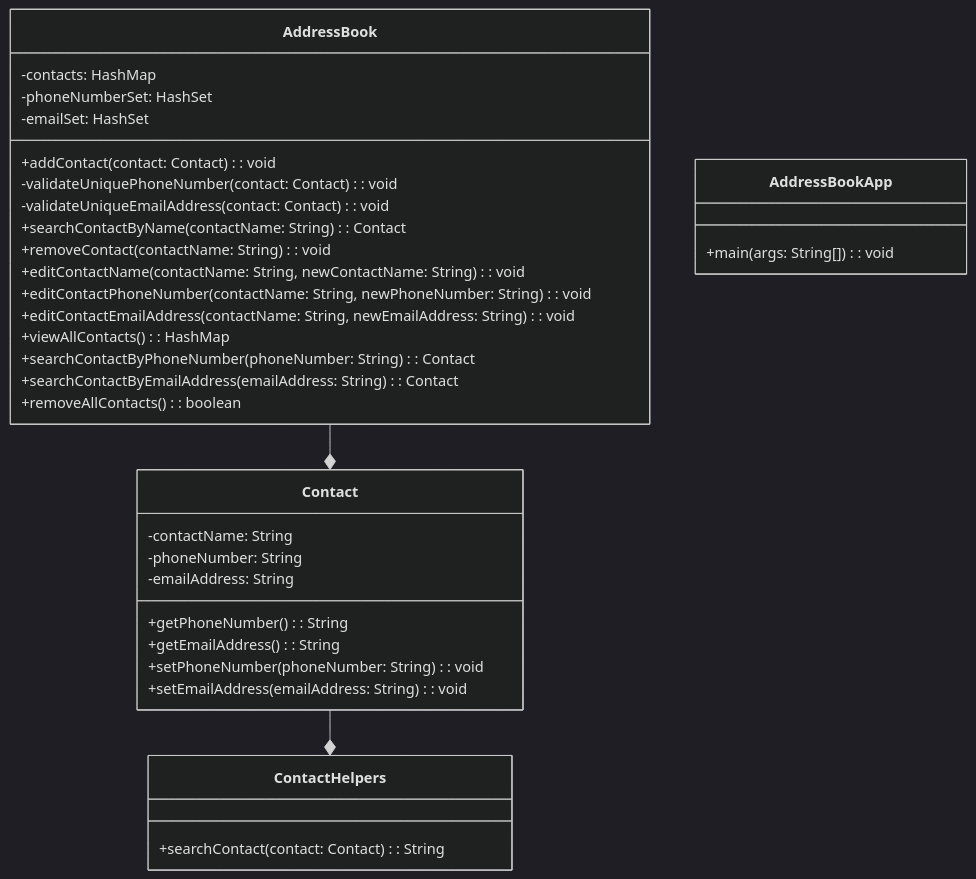
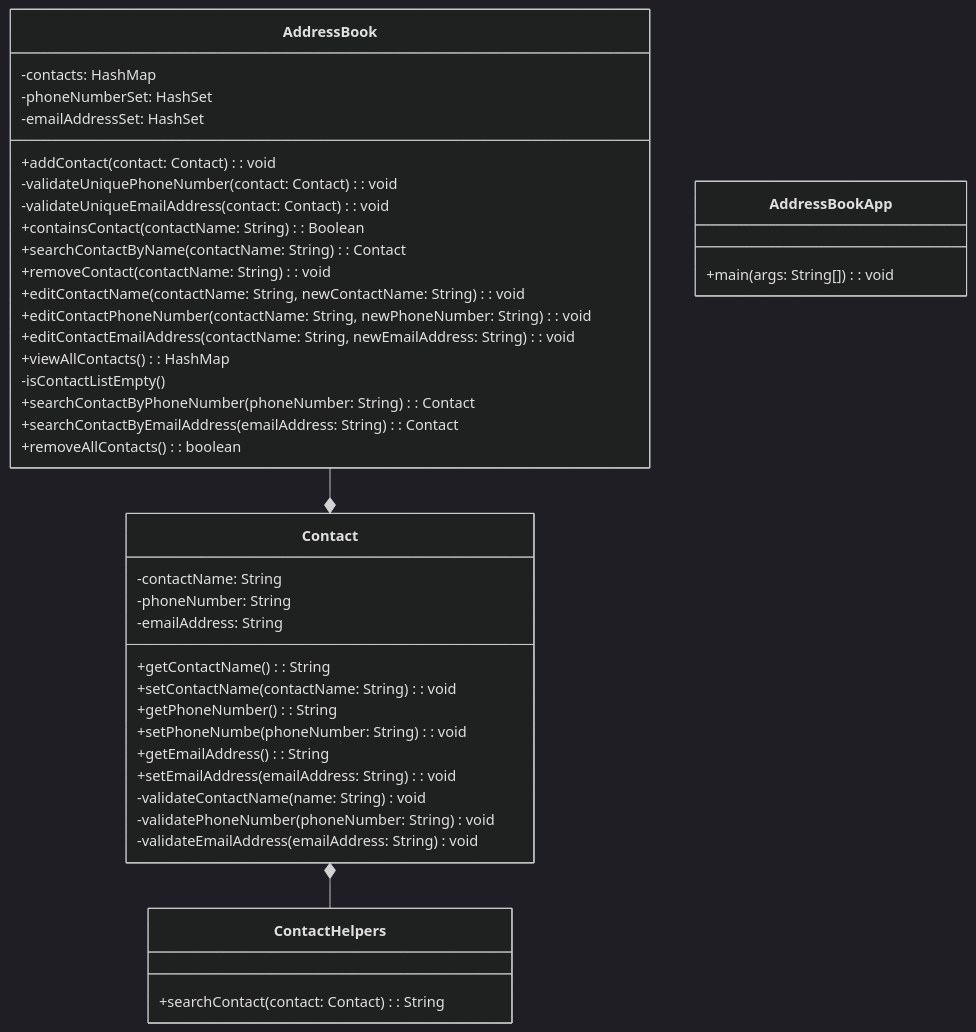
Before and after one commit to Cristina-Pat/address-book: the diagram in docs/domain-models-test-plan.md, drawn with Mermaid (dark theme). The commit also changed other lines of this file and 6 other files, not shown here.

````diff
--- a/docs/domain-models-test-plan.md
+++ b/docs/domain-models-test-plan.md
@@ -117,46 +117,53 @@
 ``` mermaid
 
 classDiagram
   class AddressBook {
     %% these are the core features
     -contacts: HashMap<String, Contact> 
     -phoneNumberSet: HashSet<String>
-    -emailSet: HashSet<String>
+    -emailAddressSet: HashSet<String>
     +addContact(contact: Contact): void
     -validateUniquePhoneNumber(contact: Contact): void
     -validateUniqueEmailAddress(contact: Contact): void
+    +containsContact(contactName: String): Boolean
     +searchContactByName(contactName: String): Contact
     +removeContact(contactName: String): void
     +editContactName(contactName: String, newContactName: String): void
     +editContactPhoneNumber(contactName: String, newPhoneNumber: String): void
     +editContactEmailAddress(contactName: String, newEmailAddress: String): void
     +viewAllContacts(): HashMap<String, Contact>
+    -isContactListEmpty()
     %% these are the additional features
     +searchContactByPhoneNumber(phoneNumber: String): Contact
     +searchContactByEmailAddress(emailAddress: String): Contact
     +removeAllContacts(): boolean
   }
 
   class Contact {
     -contactName: String
     -phoneNumber: String
     -emailAddress: String
+    +getContactName(): String
+    +setContactName(contactName: String): void
     +getPhoneNumber(): String
+    +setPhoneNumbe(phoneNumber: String): void
     +getEmailAddress(): String
-    +setPhoneNumber(phoneNumber: String): void
     +setEmailAddress(emailAddress: String): void
+    -validateContactName(name: String) void
+    -validatePhoneNumber(phoneNumber: String) void
+    -validateEmailAddress(emailAddress: String) void
   }
   
  class ContactHelpers {
    +searchContact(contact: Contact): String
  }
  
   class AddressBookApp {
     +main(args: String[]): void
     }
 
  
  AddressBook --* Contact
- Contact --* ContactHelpers
+ Contact *-- ContactHelpers
  
 ```
````
